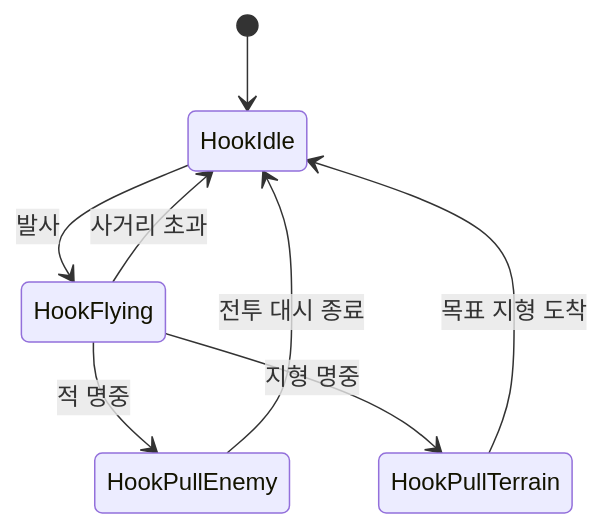
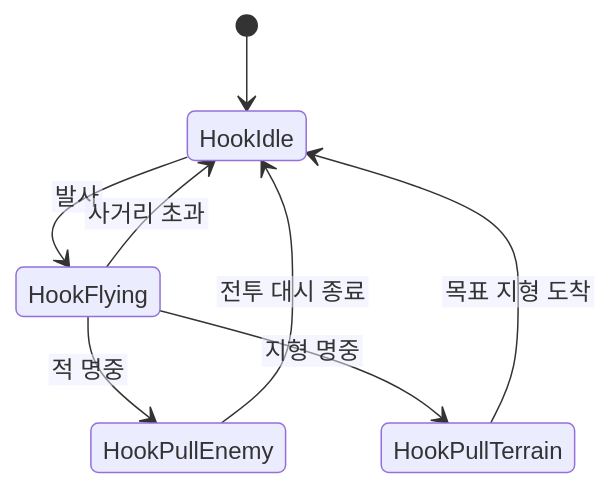
The diagram in portfolio/hook-action/README.md (1Seong/hell-pit), drawn with Mermaid before and after one commit. The commit also changed 2 other files, not shown here.

Commit message:
docs: fix diagram text layout and feature sample emphasis

````diff
--- a/portfolio/hook-action/README.md
+++ b/portfolio/hook-action/README.md
@@ -7,10 +7,11 @@
 ```mermaid
+%%{init: {"htmlLabels": false, "themeVariables": {"fontFamily": "Arial, sans-serif"}, "flowchart": {"padding": 20, "diagramPadding": 20}, "sequence": {"diagramMarginX": 24, "diagramMarginY": 16, "wrap": true}}}%%
 stateDiagram-v2
   [*] --> HookIdle
   HookIdle --> HookFlying: 발사
   HookFlying --> HookPullEnemy: 적 명중
   HookFlying --> HookPullTerrain: 지형 명중
   HookFlying --> HookIdle: 사거리 초과
   HookPullEnemy --> HookIdle: 전투 대시 종료
   HookPullTerrain --> HookIdle: 목표 지형 도착
 ```
````
